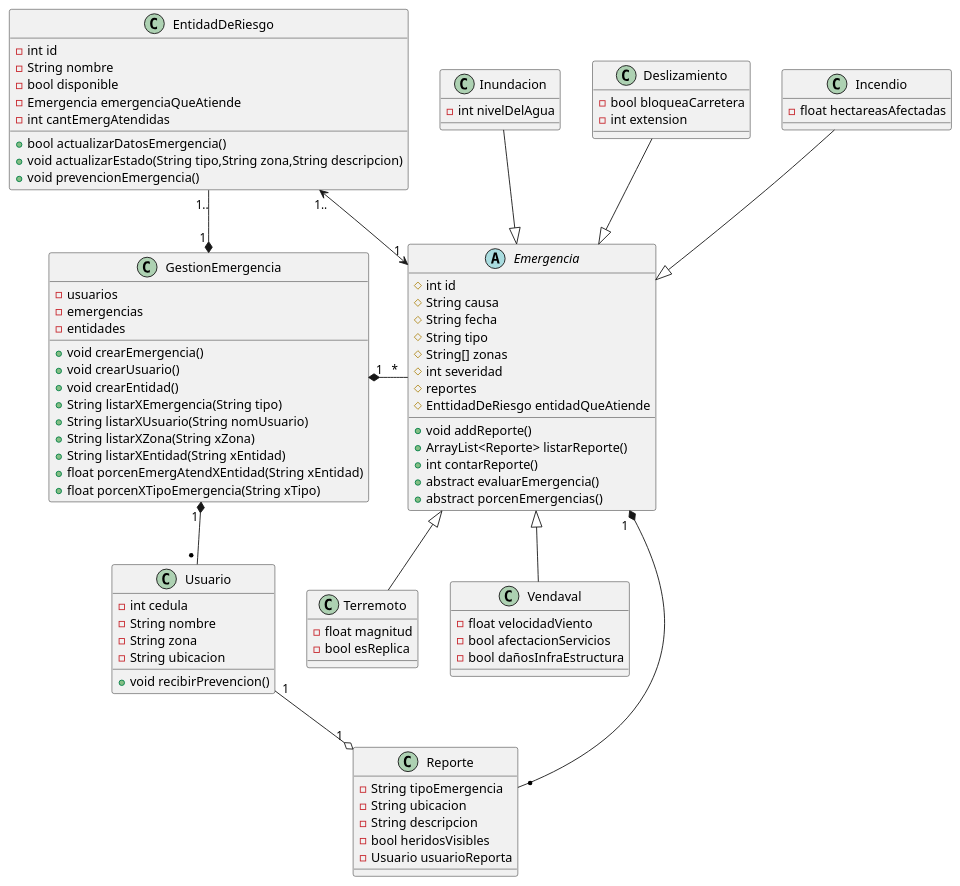
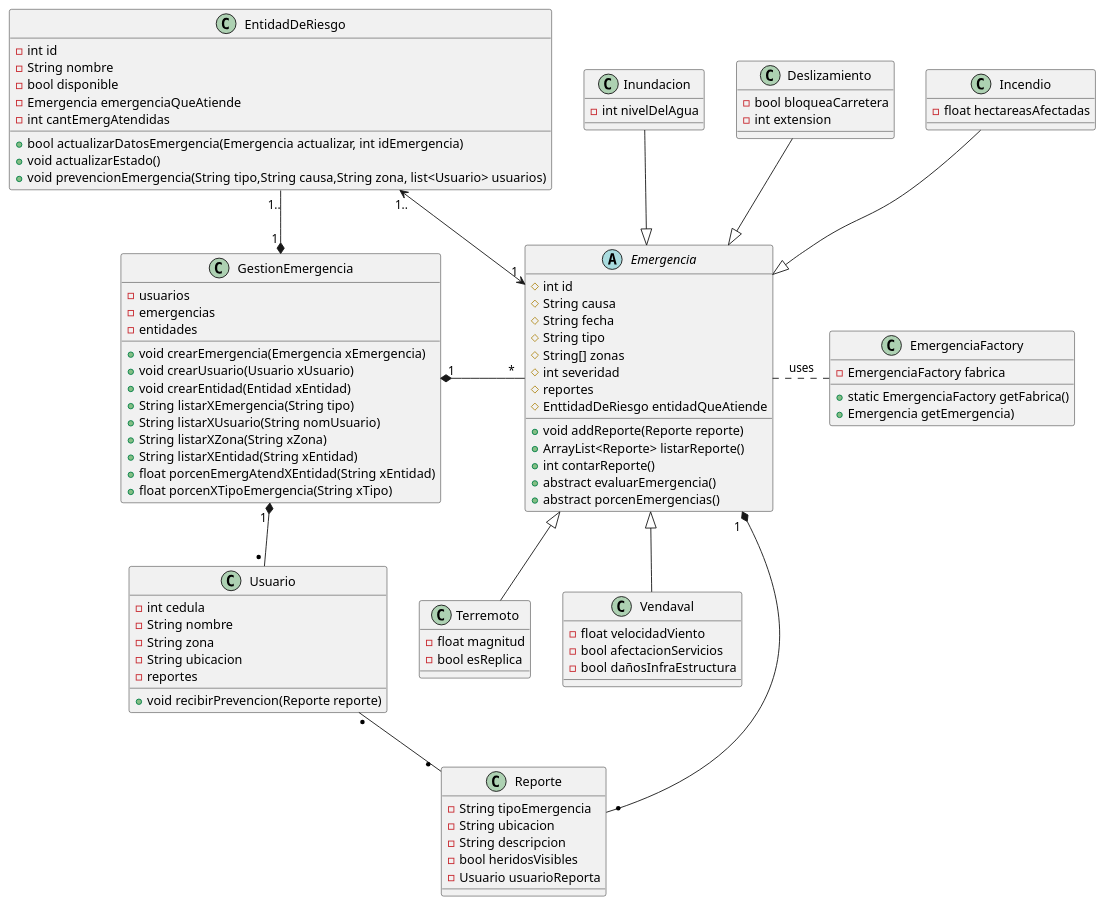
The diagram in src/sg/modelo/diagramaemergencias.puml (ruizal20/PROYECTODEPOO), drawn with PlantUML before and after one commit. The commit also changed 6 other files, not shown here.

```diff
--- a/src/sg/modelo/diagramaemergencias.puml
+++ b/src/sg/modelo/diagramaemergencias.puml
@@ -1,102 +1,110 @@
 @startuml
 abstract class Emergencia{
     #int id
     #String causa
     #String fecha
     #String tipo
     #String[] zonas
     #int severidad
     #reportes
     #EnttidadDeRiesgo entidadQueAtiende
 
-    +void addReporte()
+    +void addReporte(Reporte reporte)
     +ArrayList<Reporte> listarReporte()
     +int contarReporte()
     +abstract evaluarEmergencia()
     +abstract porcenEmergencias()
+}
+
+class EmergenciaFactory{
+    -EmergenciaFactory fabrica
+    
+    +static EmergenciaFactory getFabrica()
+    + Emergencia getEmergencia)
 }
 
 class Inundacion{
     -int nivelDelAgua
 }
 
 class Terremoto{
     -float magnitud
     -bool esReplica
 }
 
 class Deslizamiento{
     -bool bloqueaCarretera
     -int extension
 }
 
 class Incendio{
     -float hectareasAfectadas
 }
 
 class Vendaval{
     -float velocidadViento
     -bool afectacionServicios
     -bool dañosInfraEstructura
 }
 
 class Usuario {
     -int cedula
     -String nombre
     -String zona
     -String ubicacion
+    -reportes
 
-    +void recibirPrevencion()
+    +void recibirPrevencion(Reporte reporte)
 }
 
 class EntidadDeRiesgo{
     -int id
     -String nombre
     -bool disponible
     -Emergencia emergenciaQueAtiende
     -int cantEmergAtendidas
 
-    +bool actualizarDatosEmergencia()
-    +void actualizarEstado(String tipo,String zona,String descripcion)
-    +void prevencionEmergencia()
+    +bool actualizarDatosEmergencia(Emergencia actualizar, int idEmergencia)
+    +void actualizarEstado()
+    +void prevencionEmergencia(String tipo,String causa,String zona, list<Usuario> usuarios)
 }
 
 class Reporte{
     -String tipoEmergencia
     -String ubicacion
     -String descripcion
     -bool heridosVisibles
     -Usuario usuarioReporta
-
 }
 
 class GestionEmergencia{
     -usuarios
     -emergencias
     -entidades
     
-    +void crearEmergencia()
-    +void crearUsuario()
-    +void crearEntidad()
+    +void crearEmergencia(Emergencia xEmergencia)
+    +void crearUsuario(Usuario xUsuario)
+    +void crearEntidad(Entidad xEntidad)
     +String listarXEmergencia(String tipo)
     +String listarXUsuario(String nomUsuario)
     +String listarXZona(String xZona)
     +String listarXEntidad(String xEntidad)
     +float porcenEmergAtendXEntidad(String xEntidad)
     +float porcenXTipoEmergencia(String xTipo)
 }
 
 
 Inundacion --|> Emergencia 
 Terremoto -up-|> Emergencia  
 Deslizamiento --|> Emergencia  
 Incendio --|> Emergencia  
 Vendaval -up-|> Emergencia  
 Reporte "* " -up-* "1  " Emergencia
-Reporte "1 " o-up- "1 " Usuario
+Reporte "* " -up- "*  " Usuario
+Emergencia .right.. EmergenciaFactory : uses
 EntidadDeRiesgo "1.." <-up-> "1" Emergencia
 GestionEmergencia "1 " *-down- "* " Usuario 
 GestionEmergencia "1 " *-right- "  * " Emergencia 
 GestionEmergencia "1 " *-up- "1.." EntidadDeRiesgo 
 
 @enduml
```
